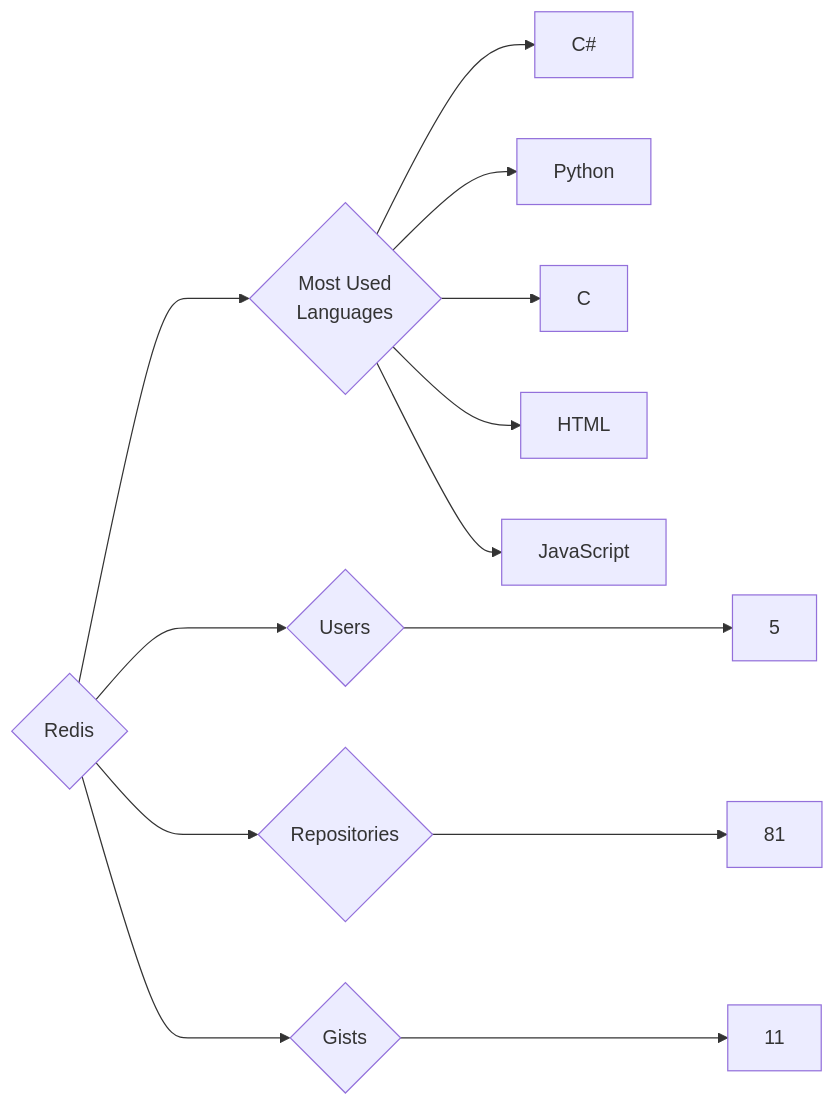
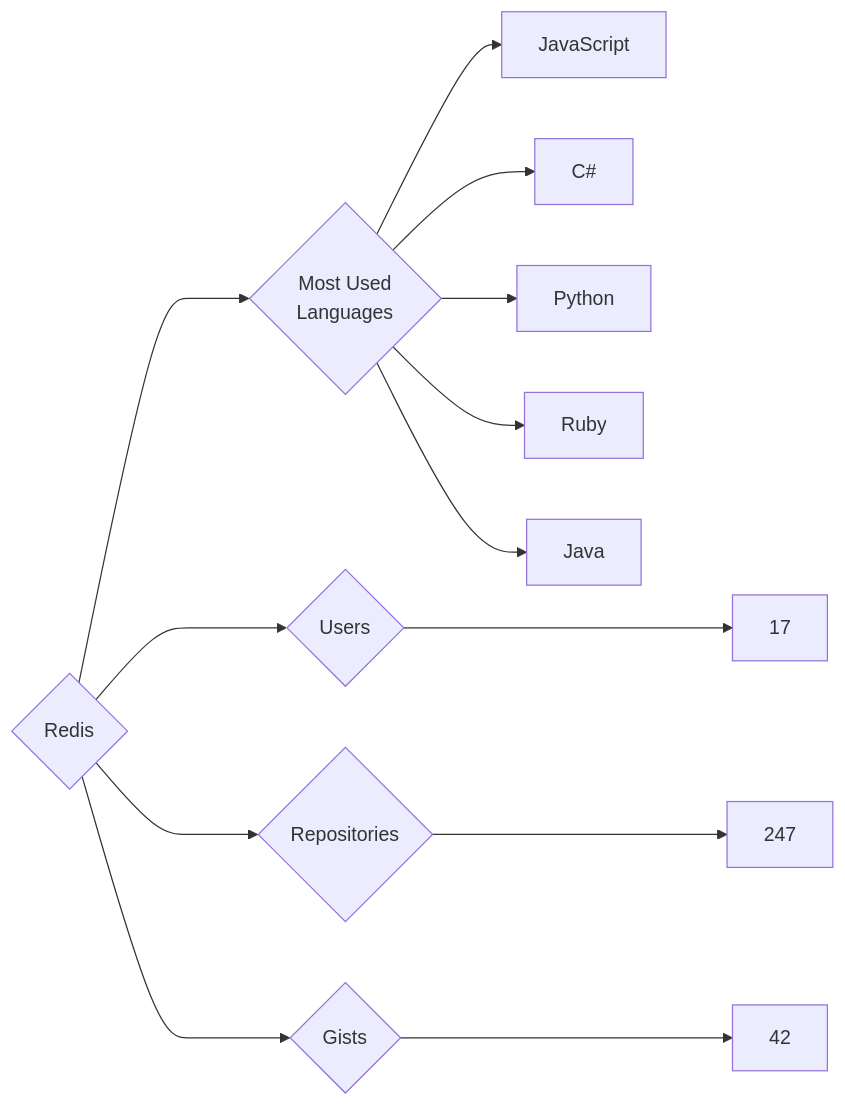
One commit to trickest/insiders changed the diagram in targets/Redis/README.md. Above: the diagram before and after it, drawn with Mermaid. The commit also changed 794 other files, not shown here.

````diff
--- a/targets/Redis/README.md
+++ b/targets/Redis/README.md
@@ -3,13 +3,13 @@
 ```mermaid
 graph LR
 COMPANY_NAME{Redis}
-COMPANY_NAME ---> U{Users} ---> UN[5]
-COMPANY_NAME ---> R{Repositories} ---> RN[81]
-COMPANY_NAME ---> G{Gists} ---> GN[11]
+COMPANY_NAME ---> U{Users} ---> UN[17]
+COMPANY_NAME ---> R{Repositories} ---> RN[247]
+COMPANY_NAME ---> G{Gists} ---> GN[42]
 COMPANY_NAME ---> ML{Most Used<br>Languages}
+ML --> JavaScript[JavaScript]
 ML --> C#[C#]
 ML --> Python[Python]
-ML --> C[C]
-ML --> HTML[HTML]
-ML --> JavaScript[JavaScript]
+ML --> Ruby[Ruby]
+ML --> Java[Java]
 ```
````
